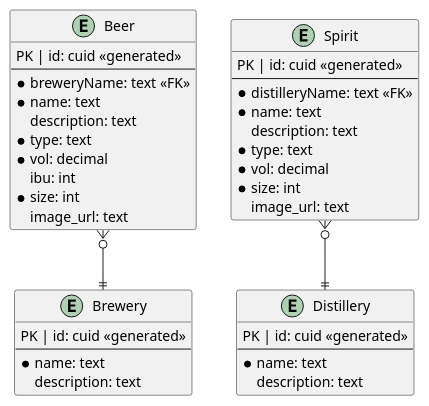
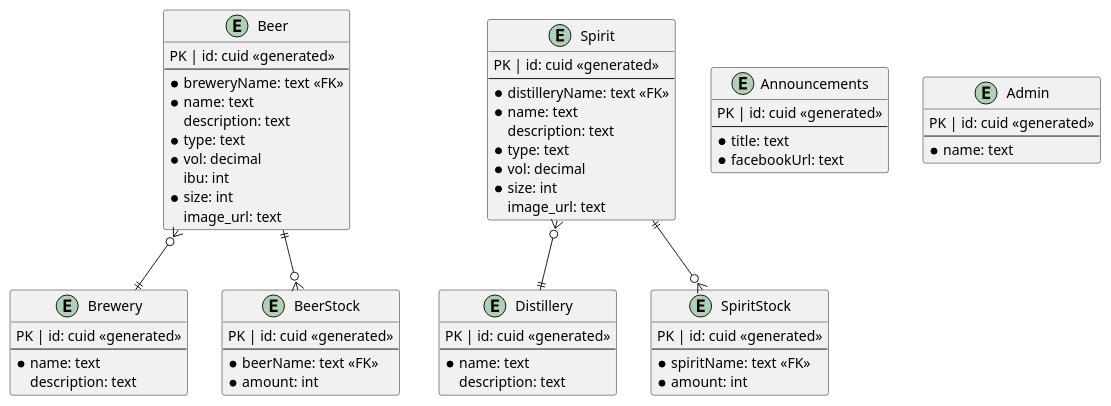
Before and after one commit to GutterneTheBois/smagen-af-oel: the diagram in Documentation/Diagrams/ER_diagram.puml, drawn with PlantUML. The commit also changed 1 other file, not shown here.

Commit message:
Changed Er-diagram to reflect changes

```diff
--- a/Documentation/Diagrams/ER_diagram.puml
+++ b/Documentation/Diagrams/ER_diagram.puml
@@ -1,45 +1,75 @@
 @startuml er_diagram
 
 entity Brewery {
     PK | id: cuid <<generated>>
     --
     * name: text
     description: text
 }
 
 entity Beer {
     PK | id: cuid <<generated>>
     --
     * breweryName: text <<FK>>
     * name: text
     description: text
     * type: text
     * vol: decimal
     ibu: int
     * size: int
     image_url: text
 }
 
 entity Distillery {
     PK | id: cuid <<generated>>
     --
     * name: text
     description: text
 }
 
 entity Spirit {
     PK | id: cuid <<generated>>
     --
     * distilleryName: text <<FK>>
     * name: text
     description: text
     * type: text
     * vol: decimal
     * size: int
     image_url: text
 }
 
+entity BeerStock {
+    PK | id: cuid <<generated>>
+    --
+    * beerName: text <<FK>>
+    * amount: int
+}
+
+entity SpiritStock {
+    PK | id: cuid <<generated>>
+    --
+    * spiritName: text <<FK>>
+    * amount: int
+}
+
+entity Announcements {
+    PK | id: cuid <<generated>>
+    --
+    * title: text
+    * facebookUrl: text
+}
+
+entity Admin {
+    PK | id: cuid <<generated>>
+    --
+    * name: text
+}
+
 Beer }o--|| Brewery
 Spirit }o--|| Distillery
 
+Beer ||--o{ BeerStock
+Spirit ||--o{ SpiritStock
+
 @enduml
```
